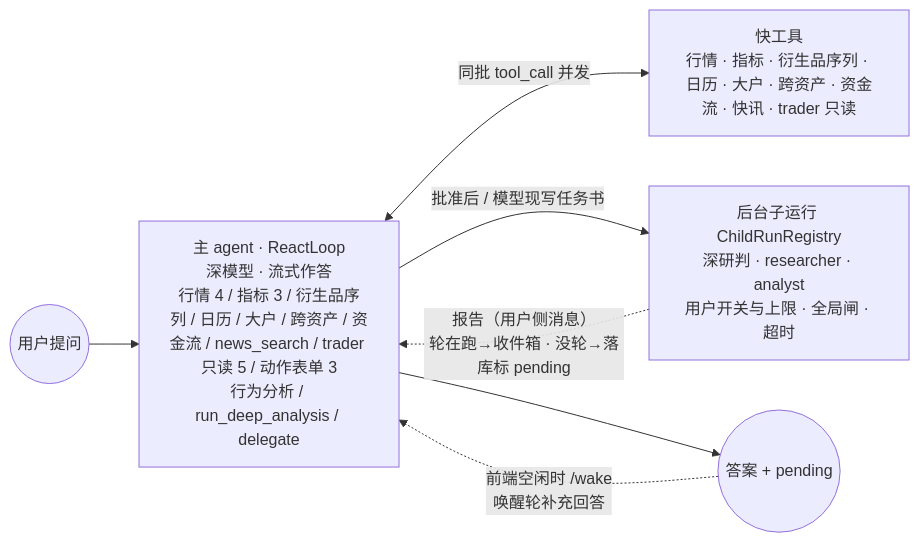
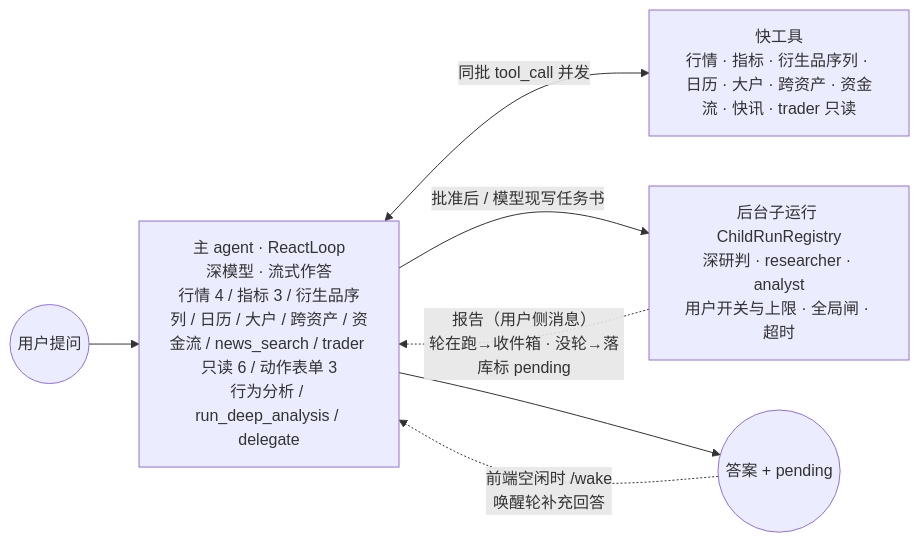
The fourth of 5 diagrams in docs/agent-harness/architecture.md (mamawai/wtfibought), drawn with Mermaid before and after one commit. The commit also changed other lines of this file and 96 other files, not shown here.

````diff
--- a/docs/agent-harness/architecture.md
+++ b/docs/agent-harness/architecture.md
@@ -121,9 +121,9 @@
 ```mermaid
 flowchart LR
-    U((用户提问)) --> MAIN["主 agent · ReactLoop<br/>深模型 · 流式作答<br/>行情 4 / 指标 3 / 衍生品序列 / 日历 / 大户 / 跨资产 / 资金流 / news_search / trader 只读 5 / 动作表单 3<br/>行为分析 / run_deep_analysis / delegate"]
+    U((用户提问)) --> MAIN["主 agent · ReactLoop<br/>深模型 · 流式作答<br/>行情 4 / 指标 3 / 衍生品序列 / 日历 / 大户 / 跨资产 / 资金流 / news_search / trader 只读 6 / 动作表单 3<br/>行为分析 / run_deep_analysis / delegate"]
     MAIN <-->|"同批 tool_call 并发"| T["快工具<br/>行情 · 指标 · 衍生品序列 · 日历 · 大户 · 跨资产 · 资金流 · 快讯 · trader 只读"]
     MAIN -->|"批准后 / 模型现写任务书"| CR["后台子运行 ChildRunRegistry<br/>深研判 · researcher · analyst<br/>用户开关与上限 · 全局闸 · 超时"]
     CR -.->|"报告（用户侧消息）<br/>轮在跑→收件箱 · 没轮→落库标 pending"| MAIN
     MAIN --> A((答案 + pending))
     A -.->|"前端空闲时 /wake<br/>唤醒轮补充回答"| MAIN
 ```
````
